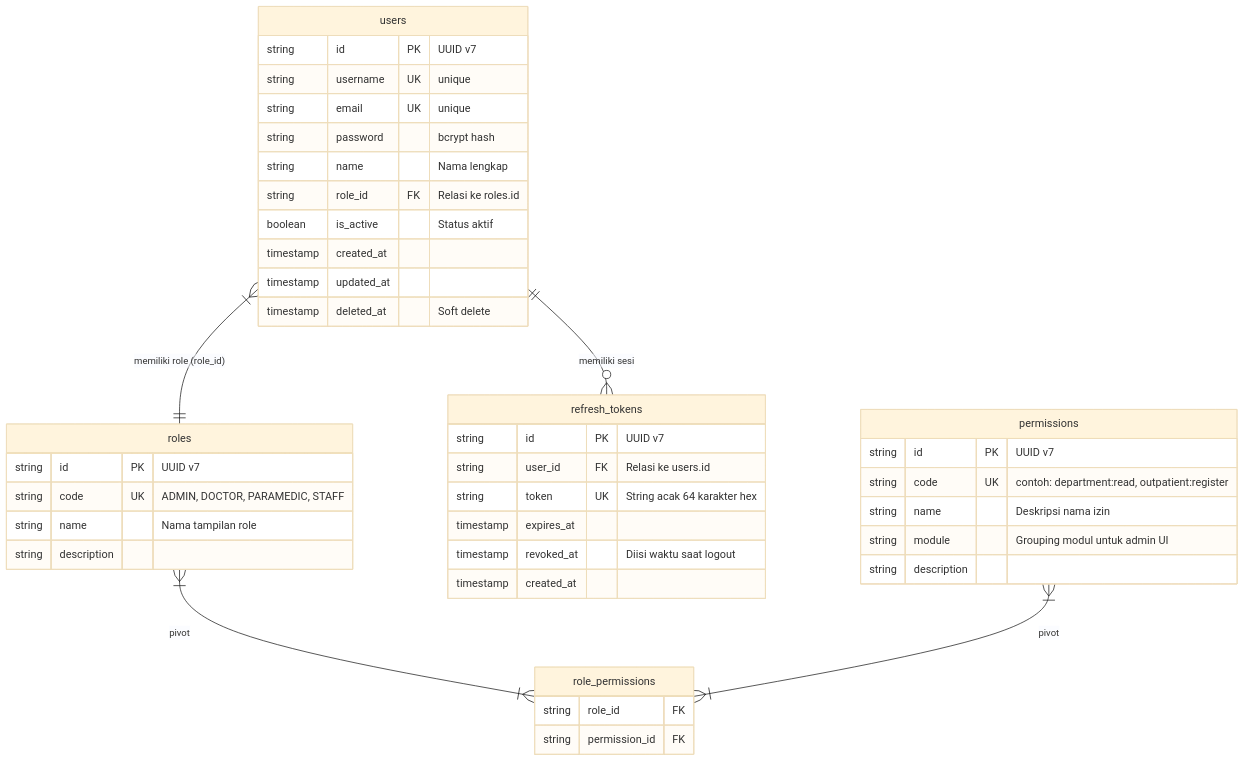
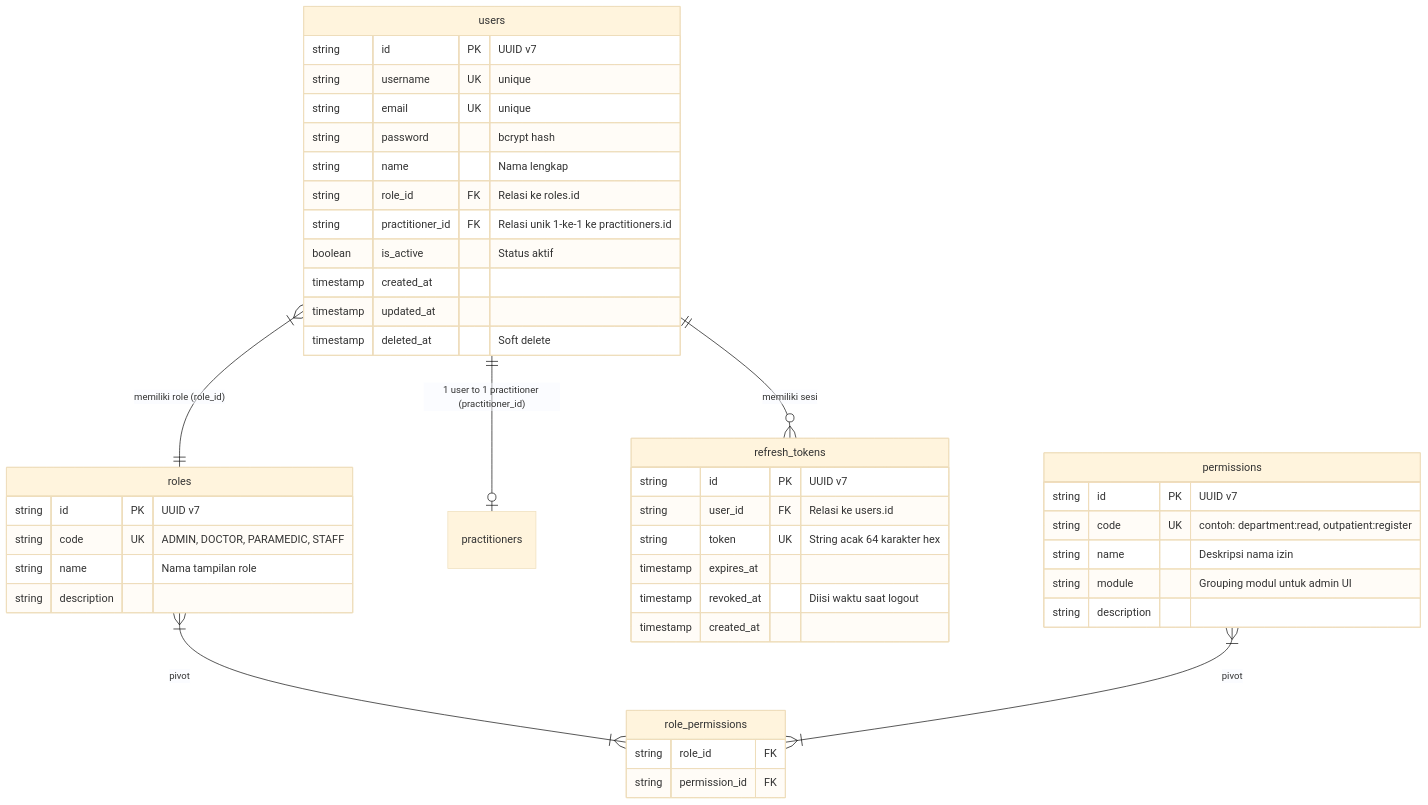
One commit to gunsu12/hosim-go changed the first of 3 diagrams in internal/auth/README.md. Above: the diagram before and after it, drawn with Mermaid (base theme). The commit also changed other lines of this file and 32 other files, not shown here.

Commit message:
feat(backend): link practitioner to auth user, enforce context actor authentication, and add pricing schema foundations

````diff
--- a/internal/auth/README.md
+++ b/internal/auth/README.md
@@ -21,49 +21,51 @@
 ```mermaid
 erDiagram
     users }|--|| roles : "memiliki role (role_id)"
+    users ||--o| practitioners : "1 user to 1 practitioner (practitioner_id)"
     users ||--o{ refresh_tokens : "memiliki sesi"
     roles }|--|{ role_permissions : "pivot"
     permissions }|--|{ role_permissions : "pivot"
 
     users {
         string id PK "UUID v7"
         string username UK "unique"
         string email UK "unique"
         string password "bcrypt hash"
         string name "Nama lengkap"
         string role_id FK "Relasi ke roles.id"
+        string practitioner_id FK "Relasi unik 1-ke-1 ke practitioners.id"
         boolean is_active "Status aktif"
         timestamp created_at
         timestamp updated_at
         timestamp deleted_at "Soft delete"
     }
 
     roles {
         string id PK "UUID v7"
         string code UK "ADMIN, DOCTOR, PARAMEDIC, STAFF"
         string name "Nama tampilan role"
         string description
     }
 
     permissions {
         string id PK "UUID v7"
         string code UK "contoh: department:read, outpatient:register"
         string name "Deskripsi nama izin"
         string module "Grouping modul untuk admin UI"
         string description
     }
 
     role_permissions {
         string role_id FK
         string permission_id FK
     }
 
     refresh_tokens {
         string id PK "UUID v7"
         string user_id FK "Relasi ke users.id"
         string token UK "String acak 64 karakter hex"
         timestamp expires_at
         timestamp revoked_at "Diisi waktu saat logout"
         timestamp created_at
     }
 ```
````
